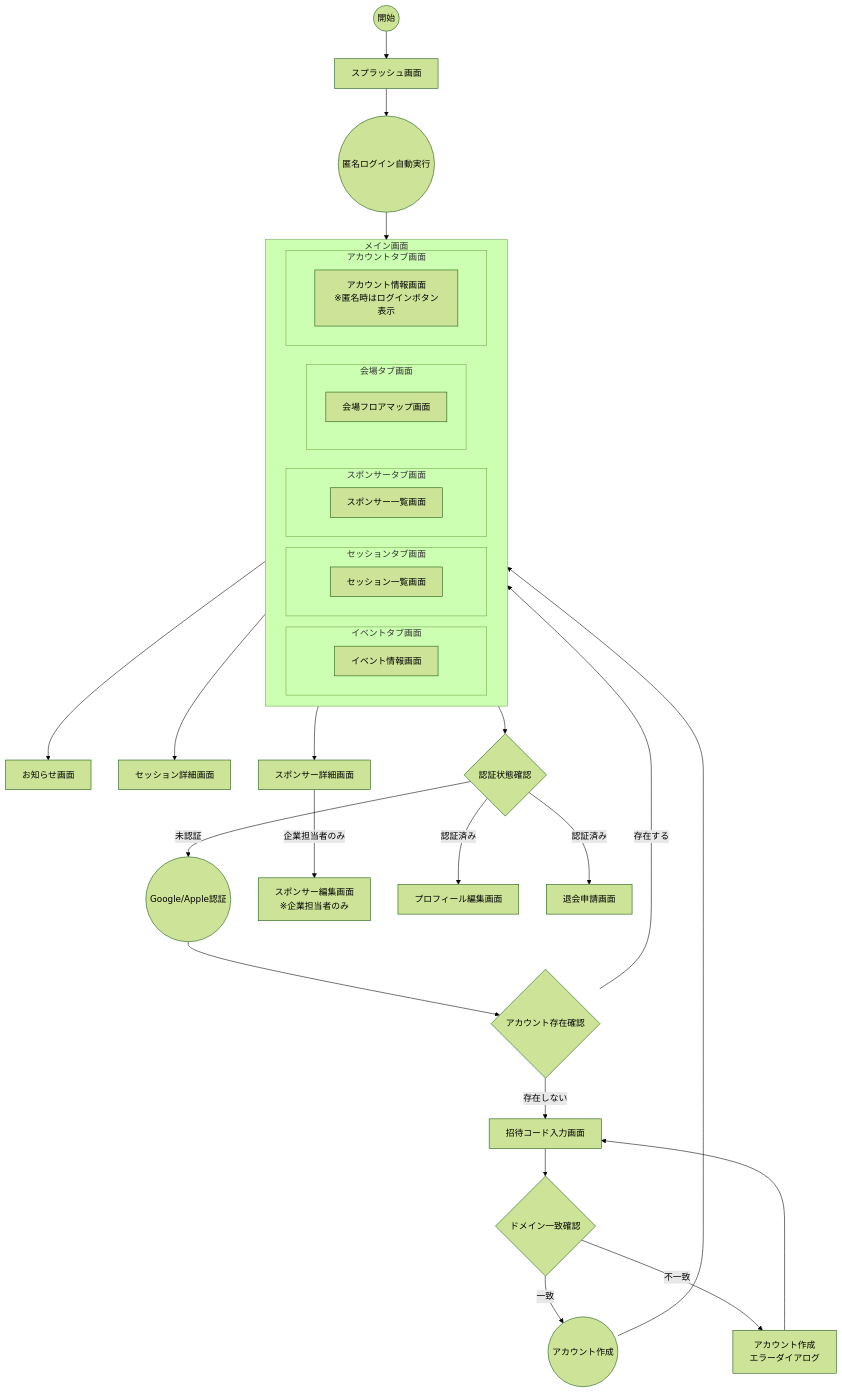
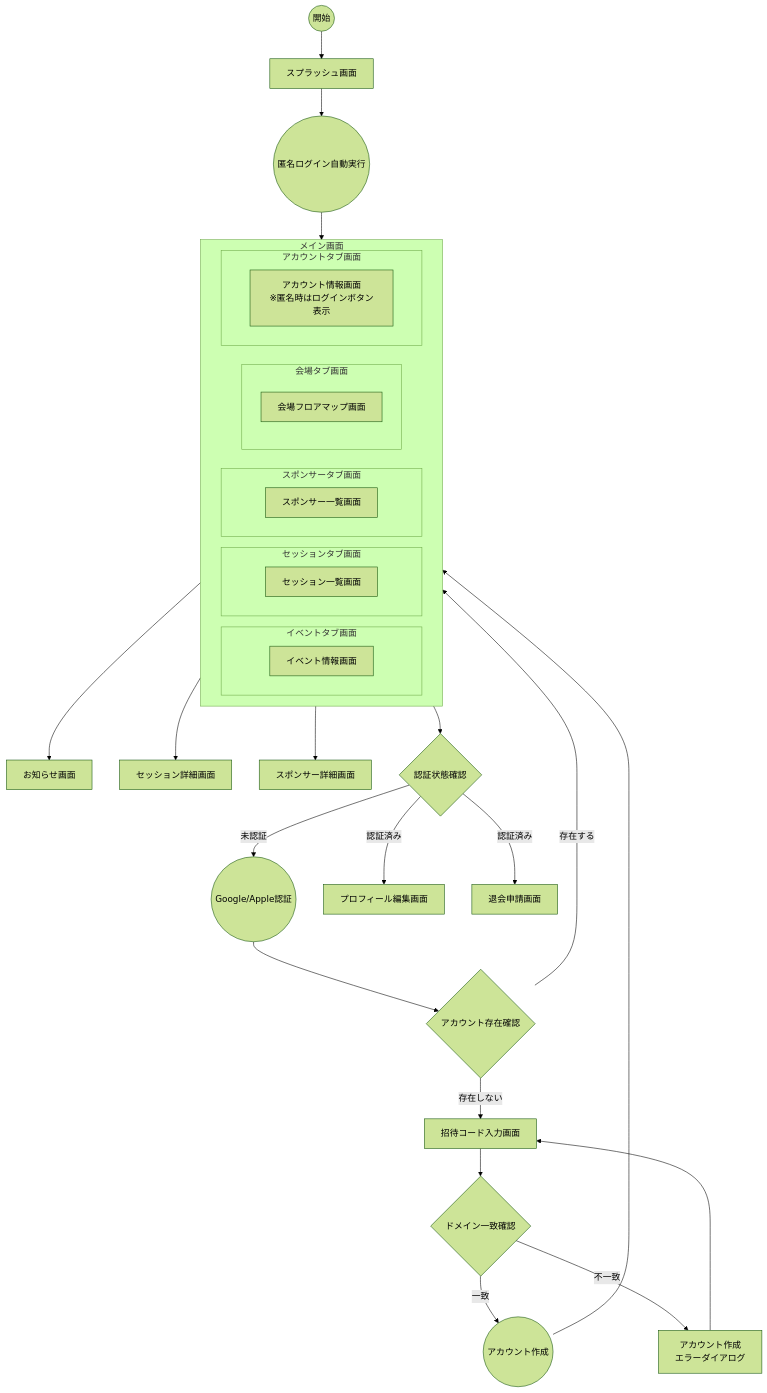
The second of 2 diagrams in docs/app/SCREENS.md (FlutterKaigi/2025), drawn with Mermaid (forest theme) before and after one commit. The commit also changed other lines of this file and 8 other files, not shown here.

````diff
--- a/docs/app/SCREENS.md
+++ b/docs/app/SCREENS.md
@@ -113,60 +112,58 @@
 ```mermaid
 flowchart TD
     %% 画面一覧
     SplashScreen[スプラッシュ画面]
     SocialAuthBottomSheet[Google/Apple認証画面]
     InvitationCodeScreen[招待コード入力画面]
     AccountCreationErrorDialog[アカウント作成<br>エラーダイアログ]
     subgraph MainScreen[メイン画面]
       direction LR
       subgraph EventTabScreen[イベントタブ画面]
         EventInfoScreen[イベント情報画面]
       end
       subgraph SessionTabScreen[セッションタブ画面]
         SessionListScreen[セッション一覧画面]
       end
       subgraph VenueTabScreen[会場タブ画面]
         VenueFloorMapScreen[会場フロアマップ画面]
       end
       subgraph SponsorTabScreen[スポンサータブ画面]
         SponsorListScreen[スポンサー一覧画面]
       end
       subgraph AccountTabScreen[アカウントタブ画面]
         AccountInfoScreen[アカウント情報画面<br>※匿名時はログインボタン表示]
       end
     end
     NewsScreen[お知らせ画面]
     SessionDetailScreen[セッション詳細画面]
     SponsorDetailScreen[スポンサー詳細画面]
-    SponsorEditScreen[スポンサー編集画面<br>※企業担当者のみ]
     ProfileEditScreen[プロフィール編集画面]
     WithdrawalScreen[退会申請画面]
 
     Start((開始)) --> SplashScreen
     SplashScreen --> AnonymousLogin((匿名ログイン自動実行))
     AnonymousLogin --> EventInfoScreen
     
     %% アカウント情報画面からの認証フロー
     AccountInfoScreen --> AuthCheck{認証状態確認}
     AuthCheck --> |未認証| SocialAuthBottomSheet((Google/Apple認証))
     AuthCheck --> |認証済み| ProfileEditScreen
     AuthCheck --> |認証済み| WithdrawalScreen
     
     %% 認証フロー（企業担当者の場合）
     SocialAuthBottomSheet --> AccountCheck{アカウント存在確認}
     AccountCheck --> |存在する| AccountInfoScreen
     AccountCheck --> |存在しない| InvitationCodeScreen
     
     %% 新規登録フロー（企業担当者の場合）
     InvitationCodeScreen --> DomainCheck{ドメイン一致確認}
     DomainCheck --> |一致| CreateAccount((アカウント作成))
     DomainCheck --> |不一致| AccountCreationErrorDialog
     AccountCreationErrorDialog --> InvitationCodeScreen
     CreateAccount --> AccountInfoScreen
     
     %% メイン画面以降のフロー（匿名でも利用可能）
     EventInfoScreen --> NewsScreen
     SessionListScreen --> SessionDetailScreen
     SponsorListScreen --> SponsorDetailScreen
-    SponsorDetailScreen --> |企業担当者のみ| SponsorEditScreen
 ```
````
